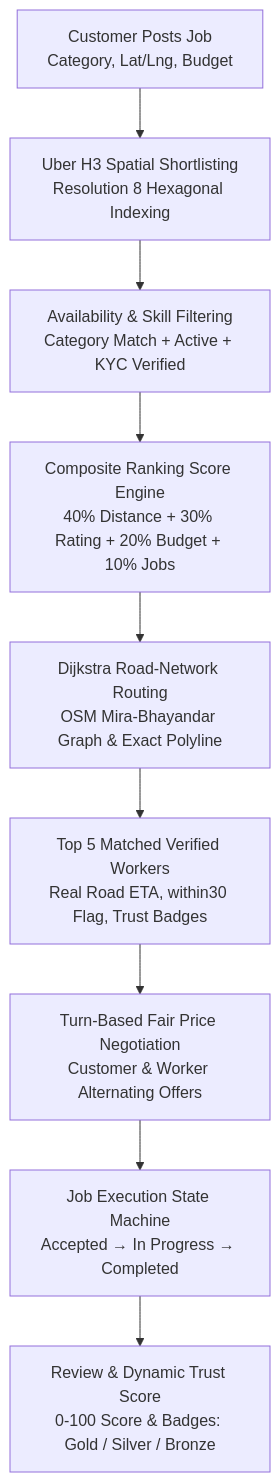
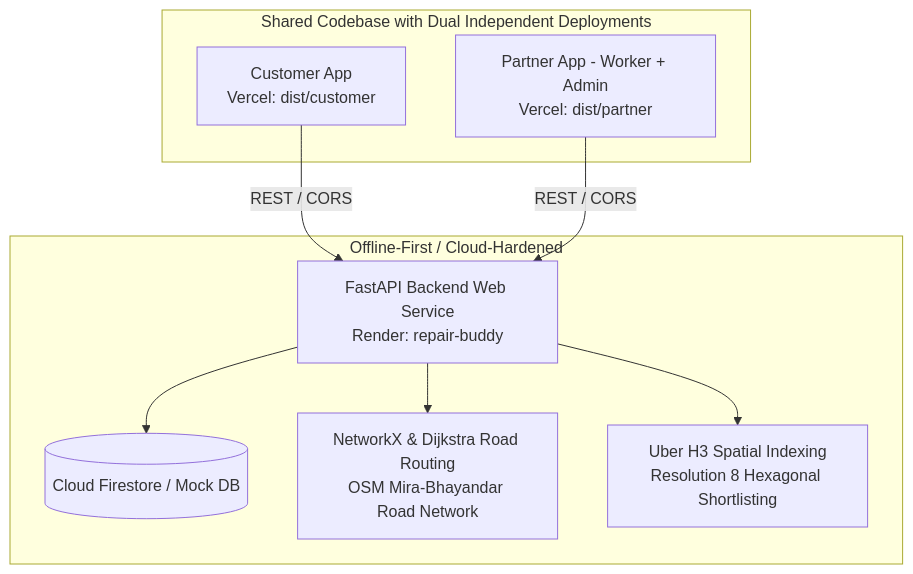
Before and after one commit to varunjgupta25/Team-CODE.IT_VarunGupta: the first of 2 diagrams in README.md, drawn with Mermaid. The commit also changed other lines of this file and 37 other files, not shown here.

Commit message:
feat(phase-4.2): production mock protection, Vercel output isolation, direct seeding safety, and Phase 5 readiness

````diff
--- a/README.md
+++ b/README.md
@@ -14,11 +14,20 @@
 ```mermaid
 graph TD
-    A[Customer Posts Job<br/>Category, Lat/Lng, Budget] --> B[Uber H3 Spatial Shortlisting<br/>Resolution 8 Hexagonal Indexing]
-    B --> C[Availability & Skill Filtering<br/>Category Match + Active + KYC Verified]
-    C --> D[Composite Ranking Score Engine<br/>40% Distance + 30% Rating + 20% Budget + 10% Jobs]
-    D --> E[Dijkstra Road-Network Routing<br/>OSM Mira-Bhayandar Graph & Exact Polyline]
-    E --> F[Top 5 Matched Verified Workers<br/>Real Road ETA, within30 Flag, Trust Badges]
-    F --> G[Turn-Based Fair Price Negotiation<br/>Customer & Worker Alternating Offers]
-    G --> H[Job Execution State Machine<br/>Accepted → In Progress → Completed]
-    H --> I[Review & Dynamic Trust Score<br/>0-100 Score & Badges: Gold / Silver / Bronze]
+    subgraph Frontend Architecture [Shared Codebase with Dual Independent Deployments]
+        CA[Customer App<br/>Vercel: dist/customer]
+        PA[Partner App - Worker + Admin<br/>Vercel: dist/partner]
+    end
+
+    subgraph Backend Infrastructure [Offline-First / Cloud-Hardened]
+        API[FastAPI Backend Web Service<br/>Render: repair-buddy]
+        DB[(Cloud Firestore / Mock DB)]
+        ROUTER[NetworkX & Dijkstra Road Routing<br/>OSM Mira-Bhayandar Road Network]
+        H3[Uber H3 Spatial Indexing<br/>Resolution 8 Hexagonal Shortlisting]
+    end
+
+    CA -->|REST / CORS| API
+    PA -->|REST / CORS| API
+    API --> DB
+    API --> ROUTER
+    API --> H3
 ```
````
